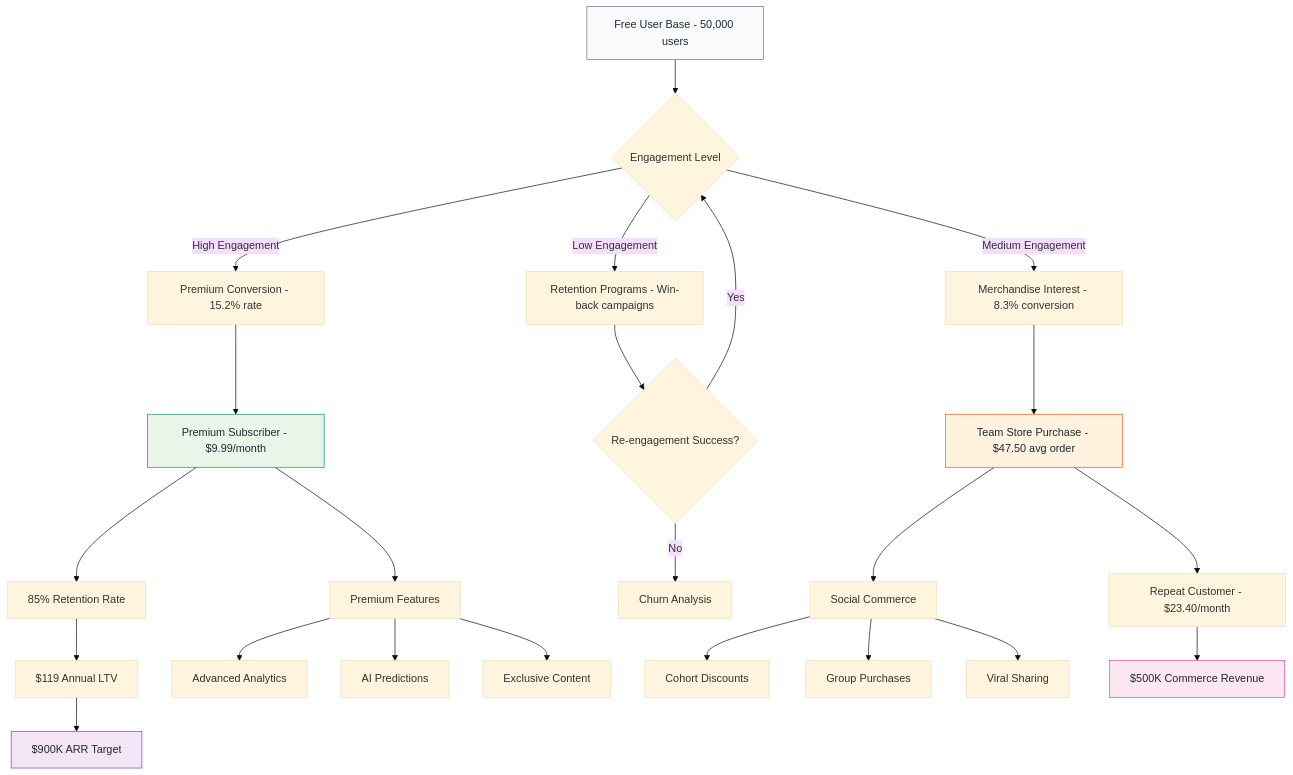
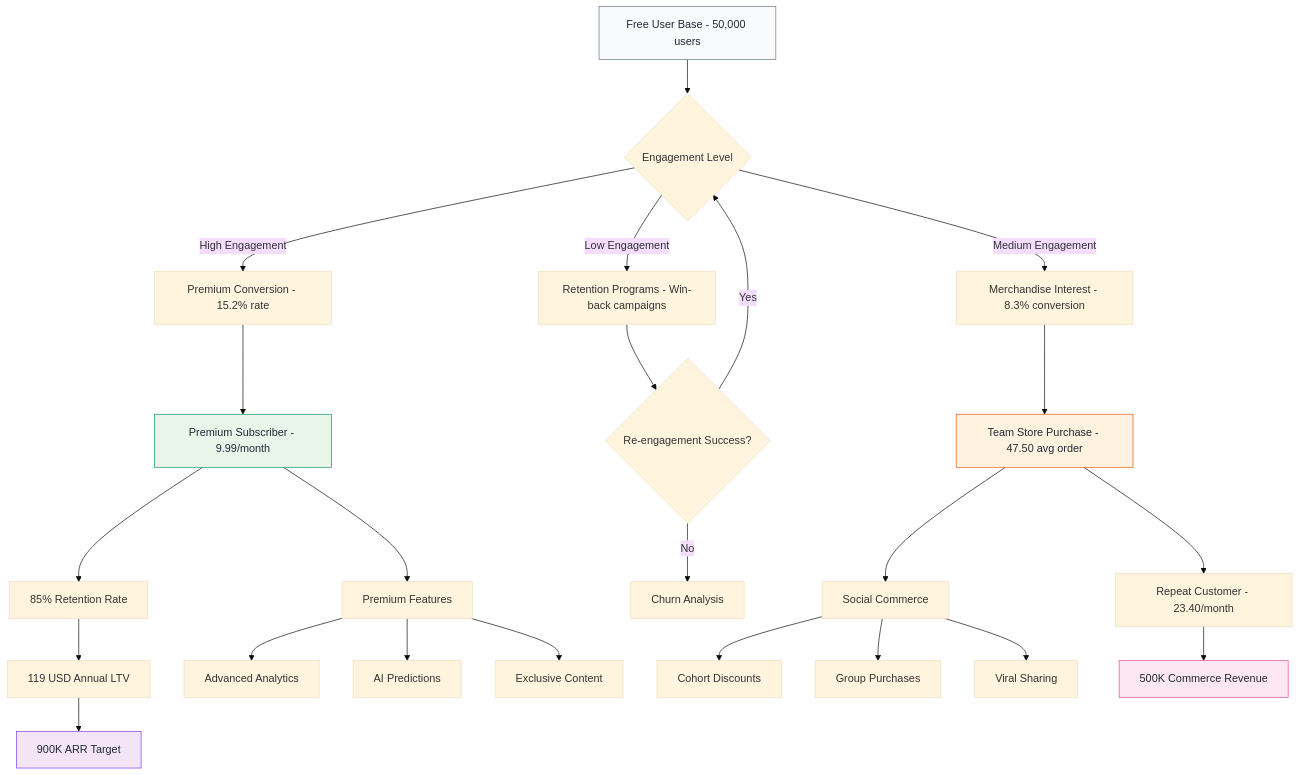
Before and after one commit to SkaFld-Ignite/ref-u-wireframes: the third of 9 diagrams in docs/investor-flows.md, drawn with Mermaid (base theme). The commit also changed other lines of this file, not shown here.

Commit message:
FINAL FIX: Remove all dollar signs from Mermaid diagrams - completely resolve parse error

````diff
--- a/docs/investor-flows.md
+++ b/docs/investor-flows.md
@@ -102,38 +102,38 @@
 ```mermaid
 graph TD
     A[Free User Base - 50,000 users] --> B{Engagement Level}
     
     B -->|High Engagement| C[Premium Conversion - 15.2% rate]
     B -->|Medium Engagement| D[Merchandise Interest - 8.3% conversion]
     B -->|Low Engagement| E[Retention Programs - Win-back campaigns]
     
-    C --> F[Premium Subscriber - $9.99/month]
+    C --> F[Premium Subscriber - 9.99/month]
     F --> G[85% Retention Rate]
-    G --> H[$119 Annual LTV]
+    G --> H[119 USD Annual LTV]
     
-    D --> I[Team Store Purchase - $47.50 avg order]
-    I --> J[Repeat Customer - $23.40/month]
+    D --> I[Team Store Purchase - 47.50 avg order]
+    I --> J[Repeat Customer - 23.40/month]
     
     E --> K{Re-engagement Success?}
     K -->|Yes| B
     K -->|No| L[Churn Analysis]
     
     F --> M[Premium Features]
     M --> N[Advanced Analytics]
     M --> O[AI Predictions]
     M --> P[Exclusive Content]
     
     I --> Q[Social Commerce]
     Q --> R[Cohort Discounts]
     Q --> S[Group Purchases]
     Q --> T[Viral Sharing]
     
-    H --> U[$900K ARR Target]
-    J --> V[$500K Commerce Revenue]
+    H --> U[900K ARR Target]
+    J --> V[500K Commerce Revenue]
     
     style A fill:#f8fafc,stroke:#64748b,color:#1f2937
     style F fill:#e8f5e8,stroke:#059669,color:#1f2937
     style I fill:#fff3e0,stroke:#ea580c,color:#1f2937
     style U fill:#f3e5f5,stroke:#7c3aed,color:#1f2937
     style V fill:#fce7f3,stroke:#ec4899,color:#1f2937
 ```
````
